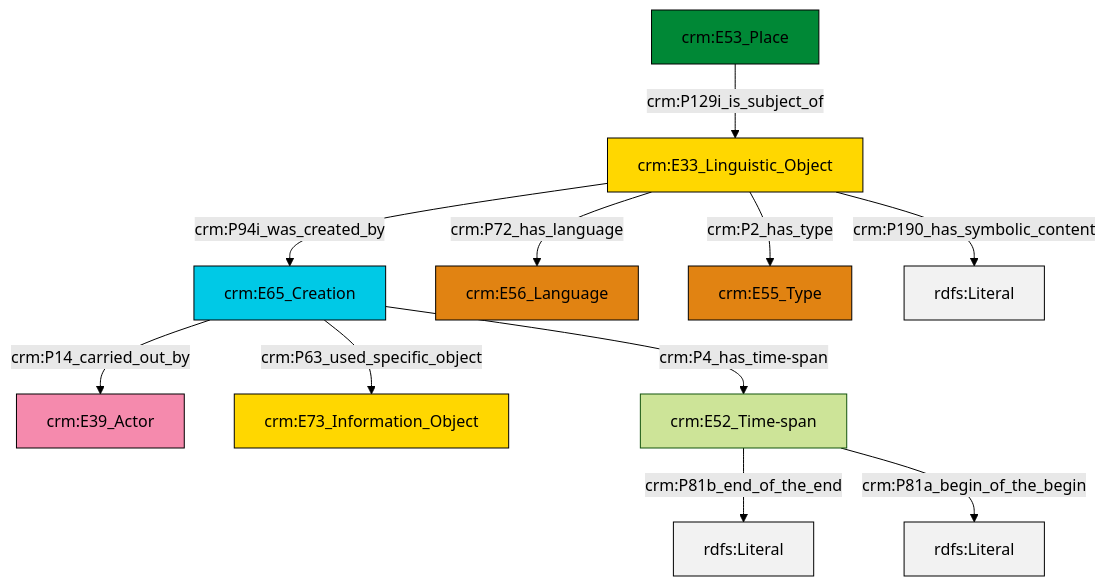
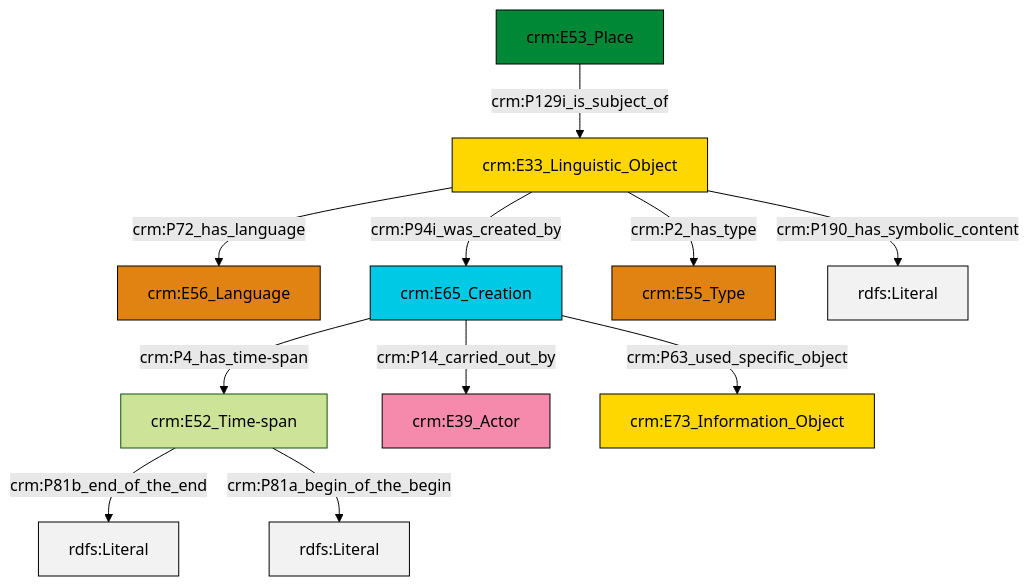
One commit to swiss-art-research-net/reference-data-models changed the diagram in et/placeCSV/ttl/mmd/place_description.ttl.mmd. Above: the diagram before and after it, drawn with Mermaid (forest theme). The commit also changed 128 other files, not shown here.

```diff
--- a/et/placeCSV/ttl/mmd/place_description.ttl.mmd
+++ b/et/placeCSV/ttl/mmd/place_description.ttl.mmd
@@ -1,25 +1,25 @@
 graph TD
 classDef Literal fill:#f2f2f2,stroke:#000000;
 classDef CRM_Entity fill:#FFFFFF,stroke:#000000;
 classDef Temporal_Entity fill:#00C9E6, stroke:#000000;
 classDef Type fill:#E18312, stroke:#000000;
 classDef Time-Span fill:#2C9C91, stroke:#000000;
 classDef Appellation fill:#FFEB7F, stroke:#000000;
 classDef Place fill:#008836, stroke:#000000;
 classDef Persistent_Item fill:#B266B2, stroke:#000000;
 classDef Conceptual_Object fill:#FFD700, stroke:#000000;
 classDef Physical_Thing fill:#D2B48C, stroke:#000000;
 classDef Actor fill:#f58aad, stroke:#000000;
 classDef PC_Classes fill:#4ce600, stroke:#000000;
 classDef Multi fill:#cccccc,stroke:#000000;
 
-0["crm:E65_Creation"]:::Temporal_Entity -->|crm:P14_carried_out_by| 1["crm:E39_Actor"]:::Actor
-2["crm:E33_Linguistic_Object"]:::Conceptual_Object -->|crm:P72_has_language| 3["crm:E56_Language"]:::Type
-2["crm:E33_Linguistic_Object"]:::Conceptual_Object -->|crm:P2_has_type| 8["crm:E55_Type"]:::Type
-2["crm:E33_Linguistic_Object"]:::Conceptual_Object -->|crm:P94i_was_created_by| 0["crm:E65_Creation"]:::Temporal_Entity
-9["crm:E52_Time-span"]:::Default -->|crm:P81b_end_of_the_end| 10[rdfs:Literal]:::Literal
-0["crm:E65_Creation"]:::Temporal_Entity -->|crm:P63_used_specific_object| 6["crm:E73_Information_Object"]:::Conceptual_Object
-0["crm:E65_Creation"]:::Temporal_Entity -->|crm:P4_has_time-span| 9["crm:E52_Time-span"]:::Default
-9["crm:E52_Time-span"]:::Default -->|crm:P81a_begin_of_the_begin| 14[rdfs:Literal]:::Literal
-2["crm:E33_Linguistic_Object"]:::Conceptual_Object -->|crm:P190_has_symbolic_content| 15[rdfs:Literal]:::Literal
-16["crm:E53_Place"]:::Place -->|crm:P129i_is_subject_of| 2["crm:E33_Linguistic_Object"]:::Conceptual_Object
+4["crm:E33_Linguistic_Object"]:::Conceptual_Object -->|crm:P72_has_language| 2["crm:E56_Language"]:::Type
+5["crm:E52_Time-span"]:::Default -->|crm:P81b_end_of_the_end| 6[rdfs:Literal]:::Literal
+7["crm:E65_Creation"]:::Temporal_Entity -->|crm:P14_carried_out_by| 8["crm:E39_Actor"]:::Actor
+0["crm:E53_Place"]:::Place -->|crm:P129i_is_subject_of| 4["crm:E33_Linguistic_Object"]:::Conceptual_Object
+4["crm:E33_Linguistic_Object"]:::Conceptual_Object -->|crm:P2_has_type| 12["crm:E55_Type"]:::Type
+4["crm:E33_Linguistic_Object"]:::Conceptual_Object -->|crm:P94i_was_created_by| 7["crm:E65_Creation"]:::Temporal_Entity
+7["crm:E65_Creation"]:::Temporal_Entity -->|crm:P63_used_specific_object| 14["crm:E73_Information_Object"]:::Conceptual_Object
+5["crm:E52_Time-span"]:::Default -->|crm:P81a_begin_of_the_begin| 16[rdfs:Literal]:::Literal
+4["crm:E33_Linguistic_Object"]:::Conceptual_Object -->|crm:P190_has_symbolic_content| 18[rdfs:Literal]:::Literal
+7["crm:E65_Creation"]:::Temporal_Entity -->|crm:P4_has_time-span| 5["crm:E52_Time-span"]:::Default
```
